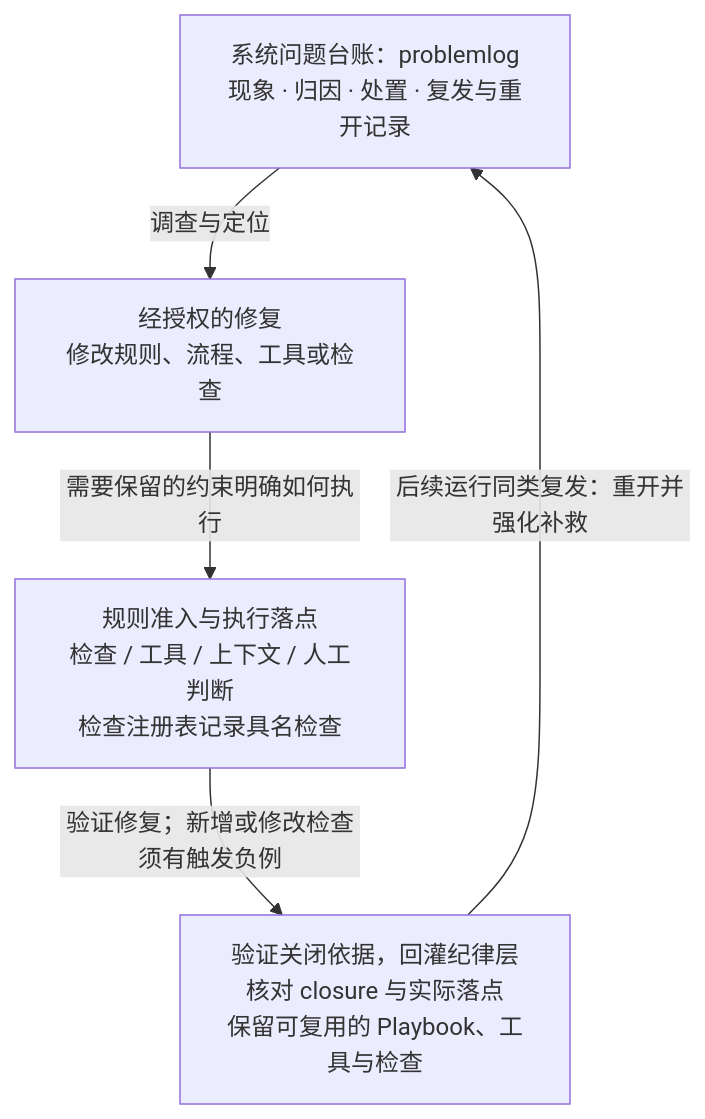
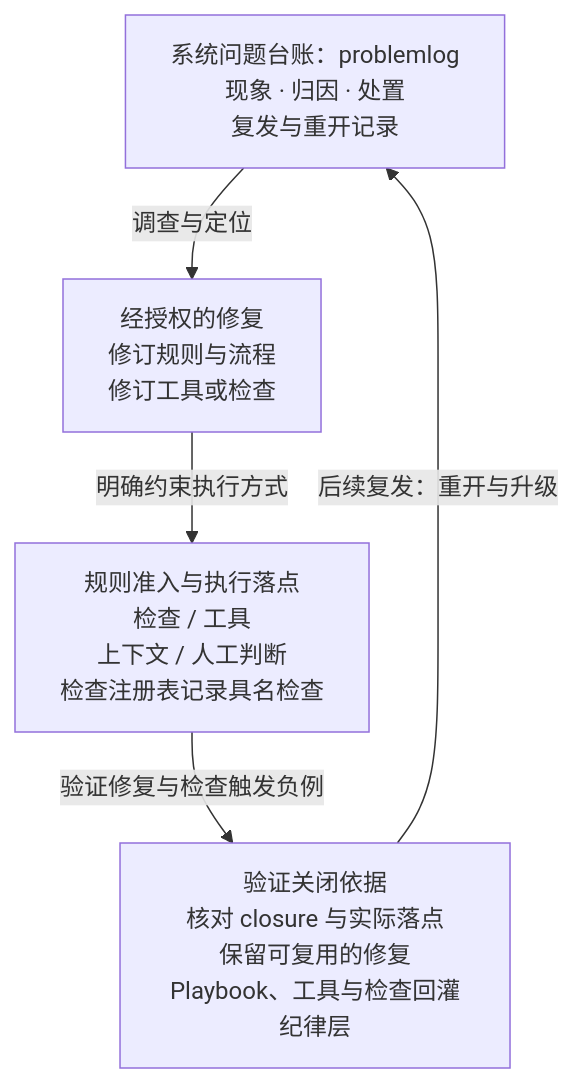
One commit to lungstrahv/T2AG changed the second of 4 diagrams in README.md. Above: the diagram before and after it, drawn with Mermaid. The commit also changed other lines of this file, not shown here.

````diff
--- a/README.md
+++ b/README.md
@@ -53,12 +53,12 @@
 ```mermaid
 flowchart TB
-    problem["系统问题台账：problemlog<br/>现象 · 归因 · 处置 · 复发与重开记录"]
-    repair["经授权的修复<br/>修改规则、流程、工具或检查"]
-    admission["规则准入与执行落点<br/>检查 / 工具 / 上下文 / 人工判断<br/>检查注册表记录具名检查"]
-    closure["验证关闭依据，回灌纪律层<br/>核对 closure 与实际落点<br/>保留可复用的 Playbook、工具与检查"]
+    problem["系统问题台账：problemlog<br/>现象 · 归因 · 处置<br/>复发与重开记录"]
+    repair["经授权的修复<br/>修订规则与流程<br/>修订工具或检查"]
+    admission["规则准入与执行落点<br/>检查 / 工具<br/>上下文 / 人工判断<br/>检查注册表记录具名检查"]
+    closure["验证关闭依据<br/>核对 closure 与实际落点<br/>保留可复用的修复<br/>Playbook、工具与检查回灌纪律层"]
 
     problem -->|调查与定位| repair
-    repair -->|需要保留的约束明确如何执行| admission
-    admission -->|验证修复；新增或修改检查须有触发负例| closure
-    closure -->|后续运行同类复发：重开并强化补救| problem
+    repair -->|明确约束执行方式| admission
+    admission -->|验证修复与检查触发负例| closure
+    closure -->|后续复发：重开与升级| problem
 ```
````
